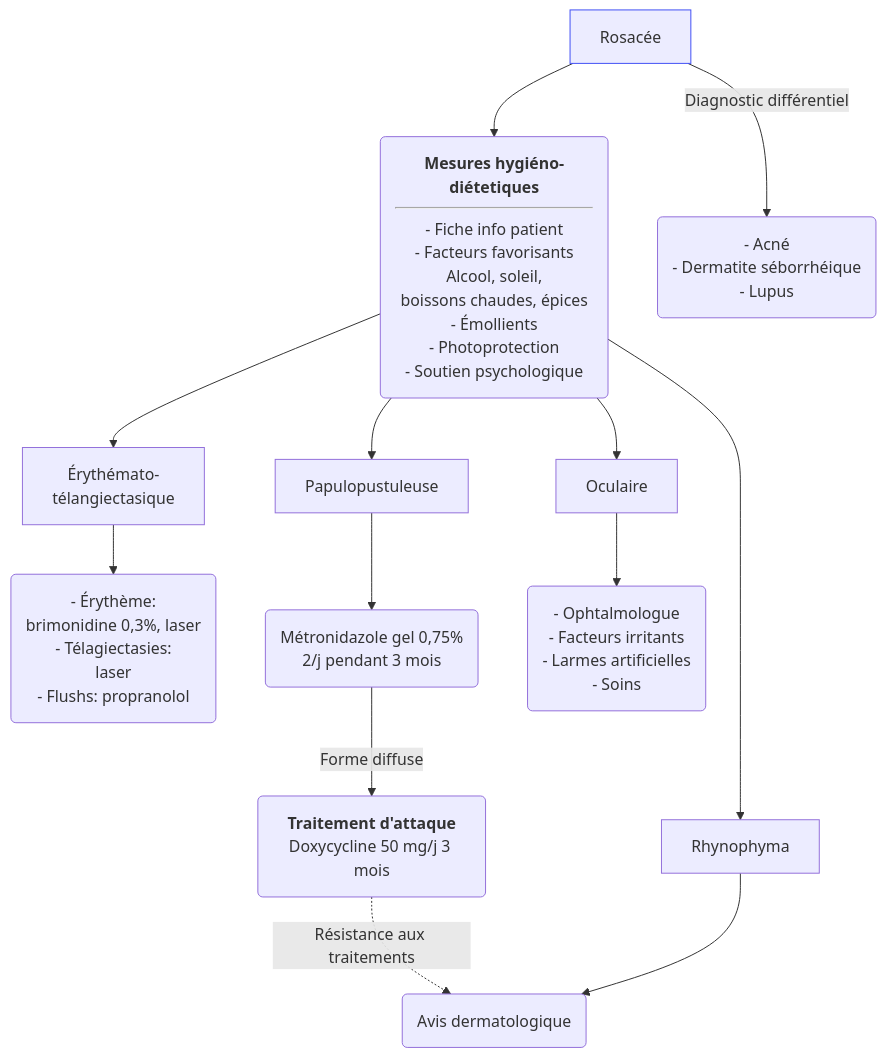
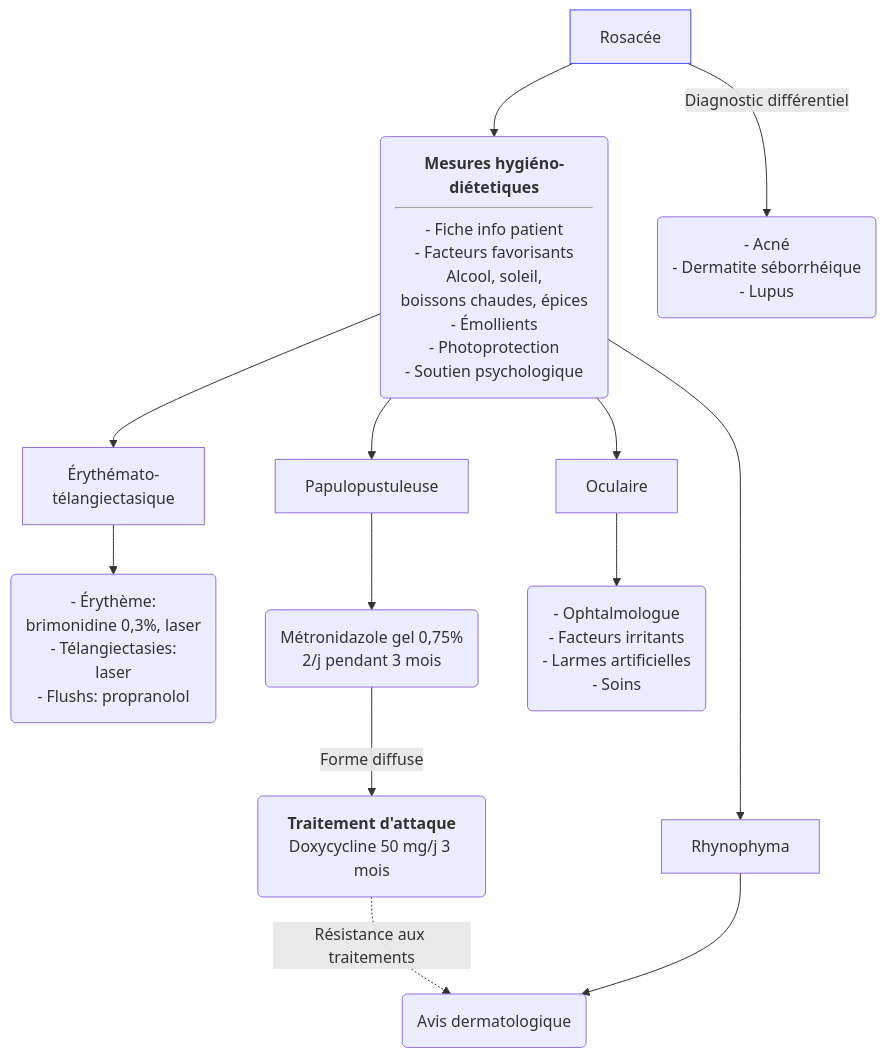
One commit to djibe/recommandations-medicales changed the diagram in content/recommandations/rosacee.md. Above: the diagram before and after it, drawn with Mermaid. The commit also changed 25 other files, not shown here.

Commit message:
Flowcharts: escape symbols

```diff
--- a/content/recommandations/rosacee.md
+++ b/content/recommandations/rosacee.md
@@ -209,14 +209,14 @@
 {{< mermaid title="Conduite à tenir devant une rosacée. Dr JB FRON d'après BAD 2021" >}}
 graph TB
   rosacee[Rosacée]
   style rosacee stroke:#4150f5, stroke-width:1px
     rosacee --> rhd("<b>Mesures hygiéno-diétetiques</b><hr>- Fiche info patient<br>- Facteurs favorisants<br>Alcool, soleil,<br>boissons chaudes, épices<br>- Émollients<br>- Photoprotection<br>- Soutien psychologique")
       rhd --> erythemato["Érythémato-<br>télangiectasique"]
-        erythemato --> erythottt("- Érythème:<br>brimonidine 0,3%, laser<br>- Télagiectasies:<br>laser<br>- Flushs: propranolol")
+        erythemato --> erythottt("- Érythème:<br>brimonidine 0,3%, laser<br>- Télangiectasies:<br>laser<br>- Flushs: propranolol")
       rhd --> Papulopustuleuse --> mineure("Métronidazole gel 0,75%<br>2/j pendant 3 mois")
         mineure -- Forme diffuse --> diffuse("<b>Traitement d'attaque</b><br>Doxycycline 50 mg/j 3 mois") -. Résistance aux traitements .-> dermato("Avis dermatologique")
       rhd --> Rhynophyma --> dermato
       rhd --> Oculaire --> ocuttt("- Ophtalmologue<br>- Facteurs irritants<br>- Larmes artificielles<br>- Soins")
   rosacee -- Diagnostic différentiel --> differentiel("- Acné<br>- Dermatite séborrhéique<br>- Lupus")
 
 {{< /mermaid >}}
```
